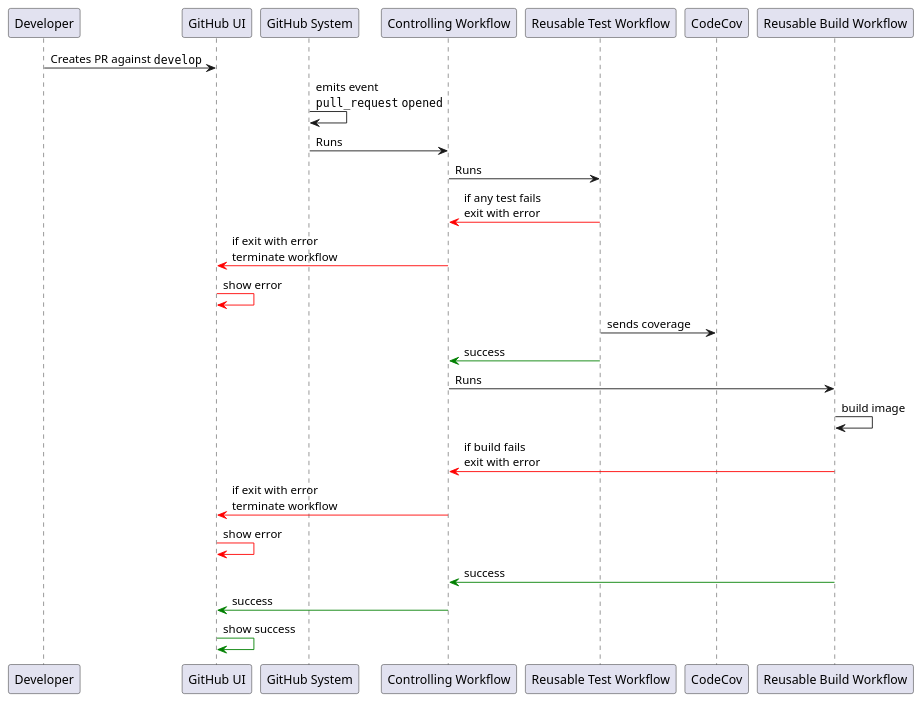
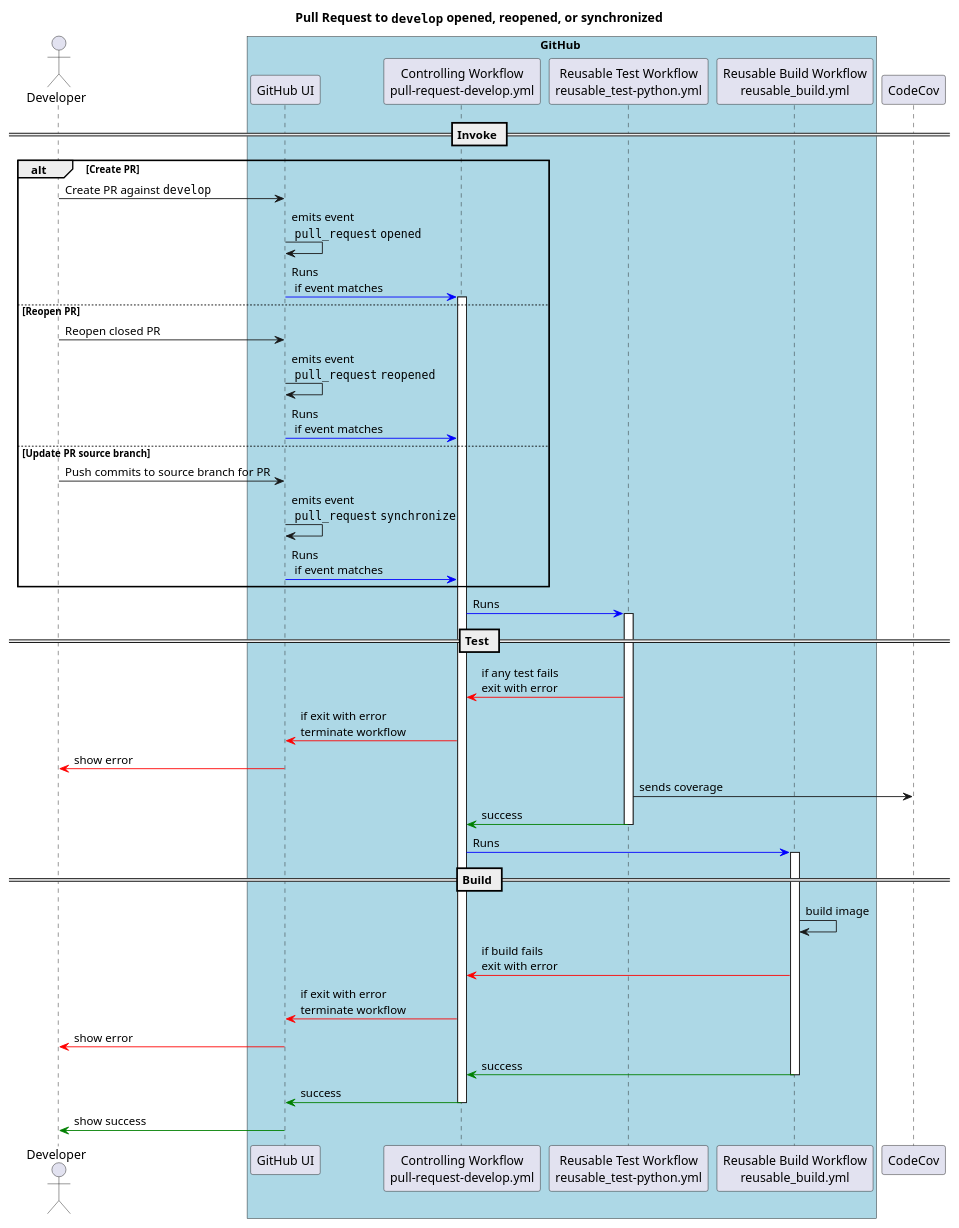
One commit to kbase/sample_service changed the diagram in docs/gha/diagrams/pull-request-develop-opened-sequence.puml. Above: the diagram before and after it, drawn with PlantUML. The commit also changed 11 other files, not shown here.

```diff
--- a/docs/gha/diagrams/pull-request-develop-opened-sequence.puml
+++ b/docs/gha/diagrams/pull-request-develop-opened-sequence.puml
@@ -1,21 +1,57 @@
 @startuml
 
-Developer -> "GitHub UI": Creates PR against ""develop""
-"GitHub System" -> "GitHub System": emits event\n""pull_request"" ""opened""
-"GitHub System" -> "Controlling Workflow": Runs
-"Controlling Workflow" -> "Reusable Test Workflow": Runs
-"Reusable Test Workflow" -[#red]> "Controlling Workflow" : if any test fails\nexit with error
-"Controlling Workflow" -[#red]> "GitHub UI": if exit with error\nterminate workflow
-"GitHub UI" -[#red]> "GitHub UI": show error
-"Reusable Test Workflow" -> "CodeCov": sends coverage
-"Reusable Test Workflow" -[#green]> "Controlling Workflow": success
-"Controlling Workflow" -> "Reusable Build Workflow": Runs
-"Reusable Build Workflow" -> "Reusable Build Workflow": build image
-"Reusable Build Workflow" -[#red]> "Controlling Workflow": if build fails\nexit with error
-"Controlling Workflow" -[#red]> "GitHub UI": if exit with error\nterminate workflow
-"GitHub UI" -[#red]> "GitHub UI": show error
-"Reusable Build Workflow" -[#green]> "Controlling Workflow":success
-"Controlling Workflow" -[#green]> "GitHub UI":success
-"GitHub UI" -[#green]> "GitHub UI": show success
+actor Developer
+box GitHub #LightBlue
+participant "GitHub UI" as GH
+participant "Controlling Workflow\npull-request-develop.yml" as Workflow
+participant "Reusable Test Workflow\nreusable_test-python.yml" as TestWorkflow
+participant "Reusable Build Workflow\nreusable_build.yml" as BuildWorkflow
+end box
+participant CodeCov
+
+title Pull Request to ""develop"" opened, reopened, or synchronized
+
+== Invoke ==
+alt Create PR
+Developer -> GH: Create PR against ""develop""
+GH -> GH: emits event\n ""pull_request"" ""opened""
+GH -[#blue]> Workflow: Runs\n if event matches
+activate Workflow
+else Reopen PR
+Developer -> GH: Reopen closed PR
+GH -> GH: emits event\n ""pull_request"" ""reopened""
+GH -[#blue]> Workflow: Runs\n if event matches
+else Update PR source branch
+Developer -> GH: Push commits to source branch for PR
+GH -> GH: emits event\n ""pull_request"" ""synchronize""
+GH -[#blue]> Workflow: Runs\n if event matches
+end
+
+Workflow -[#blue]> TestWorkflow: Runs
+
+== Test ==
+activate TestWorkflow
+TestWorkflow -[#red]> Workflow : if any test fails\nexit with error
+Workflow -[#red]> GH: if exit with error\nterminate workflow
+GH -[#red]> Developer: show error
+TestWorkflow -> "CodeCov": sends coverage
+TestWorkflow -[#green]> Workflow: success
+deactivate TestWorkflow
+
+Workflow -[#blue]> BuildWorkflow: Runs
+
+== Build ==
+activate BuildWorkflow
+BuildWorkflow -> BuildWorkflow: build image
+BuildWorkflow -[#red]> Workflow: if build fails\nexit with error
+Workflow -[#red]> GH: if exit with error\nterminate workflow
+GH -[#red]> Developer: show error
+BuildWorkflow -[#green]> Workflow:success
+deactivate BuildWorkflow
+
+Workflow -[#green]> GH:success
+
+deactivate Workflow
+GH -[#green]> Developer: show success
 
 @enduml
```
